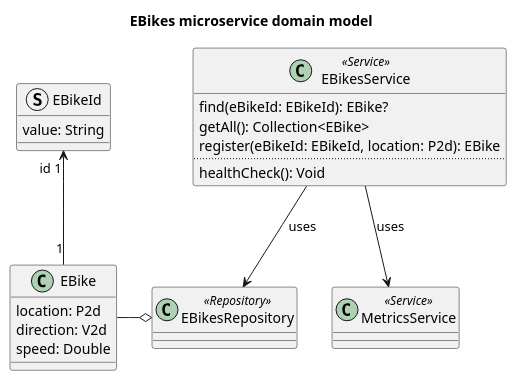
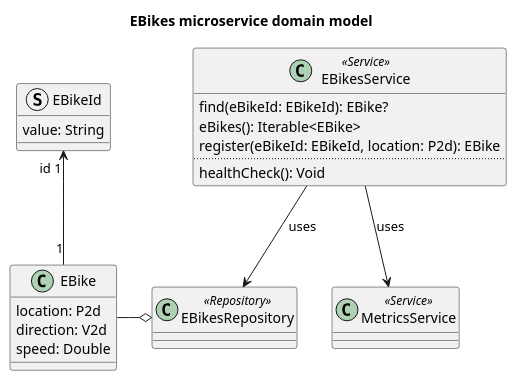
One commit to Ventus218/SAP-assignment-02 changed the diagram in doc/diagrams/src/ebikes-microservice-domain-model.puml. Above: the diagram before and after it, drawn with PlantUML. The commit also changed 2 other files, not shown here.

Commit message:
Changed datatype for collections in UML diagrams

```diff
--- a/doc/diagrams/src/ebikes-microservice-domain-model.puml
+++ b/doc/diagrams/src/ebikes-microservice-domain-model.puml
@@ -1,31 +1,31 @@
 @startuml ebikes-microservice-domain-model
 
 title EBikes microservice domain model
 
 class EBike {
     location: P2d
     direction: V2d
     speed: Double
 }
 struct EBikeId {
     value: String
 }
 EBike "1" -u-> "id 1" EBikeId
 
 class EBikesRepository <<Repository>> 
 EBikesRepository o-l- EBike
 
 class EBikesService <<Service>> {
     find(eBikeId: EBikeId): EBike?
-    getAll(): Collection<EBike>
+    eBikes(): Iterable<EBike>
     register(eBikeId: EBikeId, location: P2d): EBike
     ..
     healthCheck(): Void
 }
 
 EBikesService --> EBikesRepository : "uses"
 
 class MetricsService <<Service>>
 EBikesService --> MetricsService : "uses"
 
 @enduml
```
